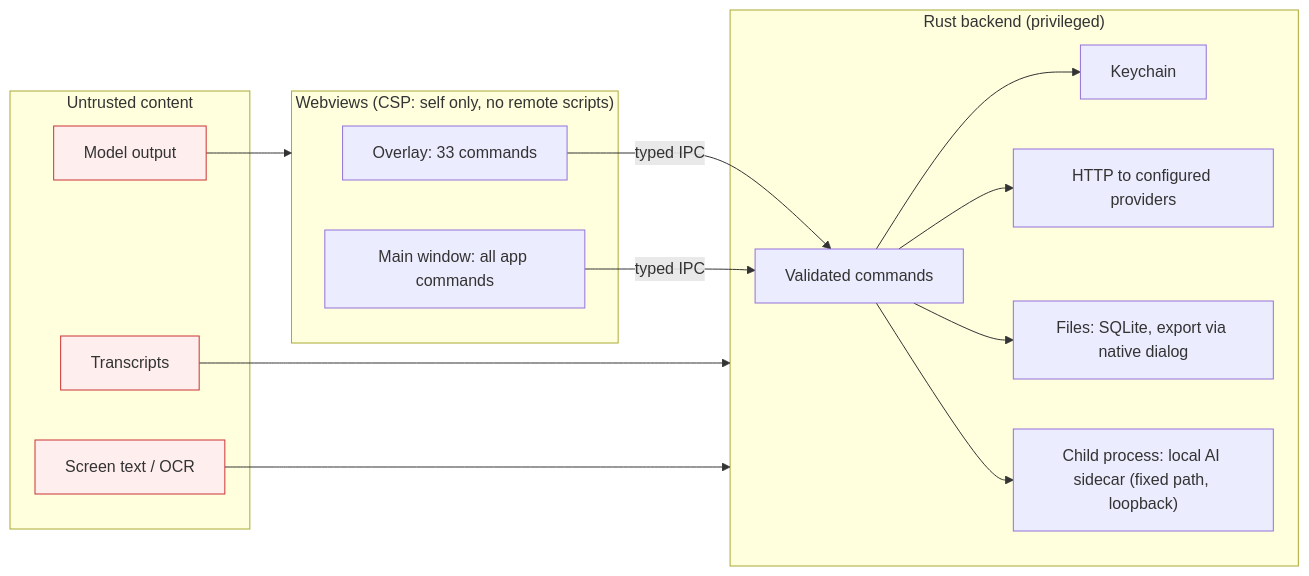
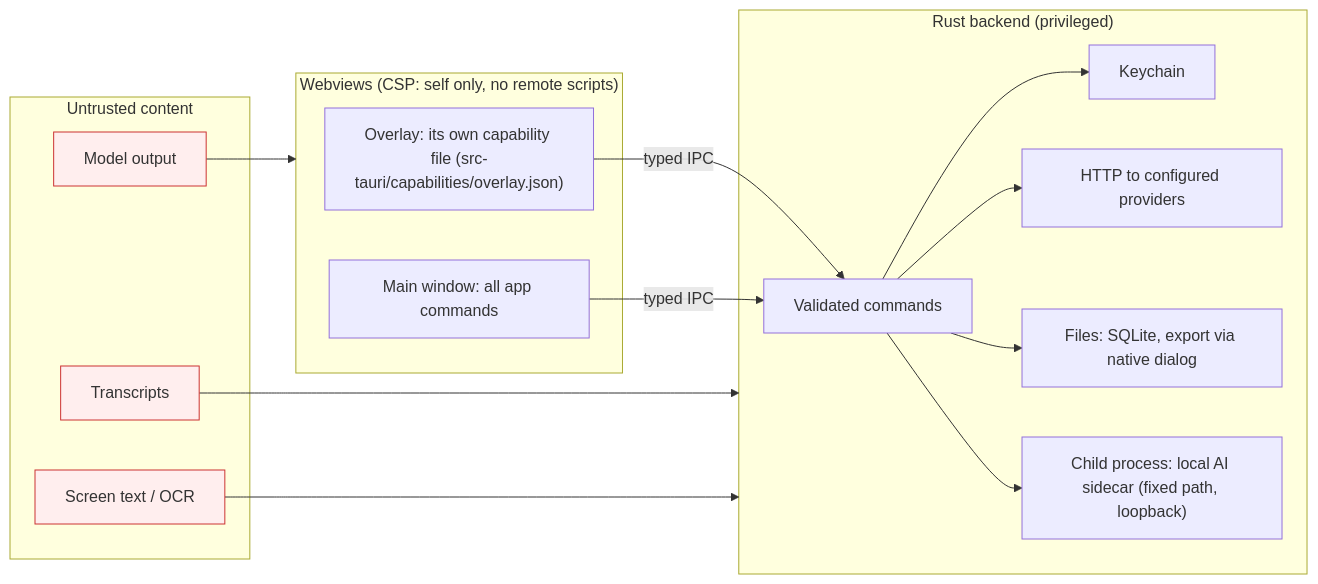
Before and after one commit to AekamSidhu/Major-Project: the fifth of 5 diagrams in docs/ARCHITECTURE.md, drawn with Mermaid.

Commit message:
Docs: ARCHITECTURE describes the overlay's permissions by its capability file
The overlay command count was not checkable; the diagram now names
src-tauri/capabilities/overlay.json instead.

````diff
--- a/docs/ARCHITECTURE.md
+++ b/docs/ARCHITECTURE.md
@@ -409,24 +409,24 @@
 ```mermaid
 flowchart LR
   subgraph Untrusted["Untrusted content"]
     T["Transcripts"]:::u
     S["Screen text / OCR"]:::u
     M["Model output"]:::u
   end
   subgraph Renderer["Webviews (CSP: self only, no remote scripts)"]
-    O["Overlay: 33 commands"]
+    O["Overlay: its own capability file (src-tauri/capabilities/overlay.json)"]
     W["Main window: all app commands"]
   end
   subgraph Backend["Rust backend (privileged)"]
     C["Validated commands"]
     K["Keychain"]
     N["HTTP to configured providers"]
     F["Files: SQLite, export via native dialog"]
     P["Child process: local AI sidecar (fixed path, loopback)"]
   end
   T & S --> Backend
   M --> Renderer
   O & W -->|typed IPC| C
   C --> K & N & F & P
   classDef u fill:#fee,stroke:#c33
 ```
````
